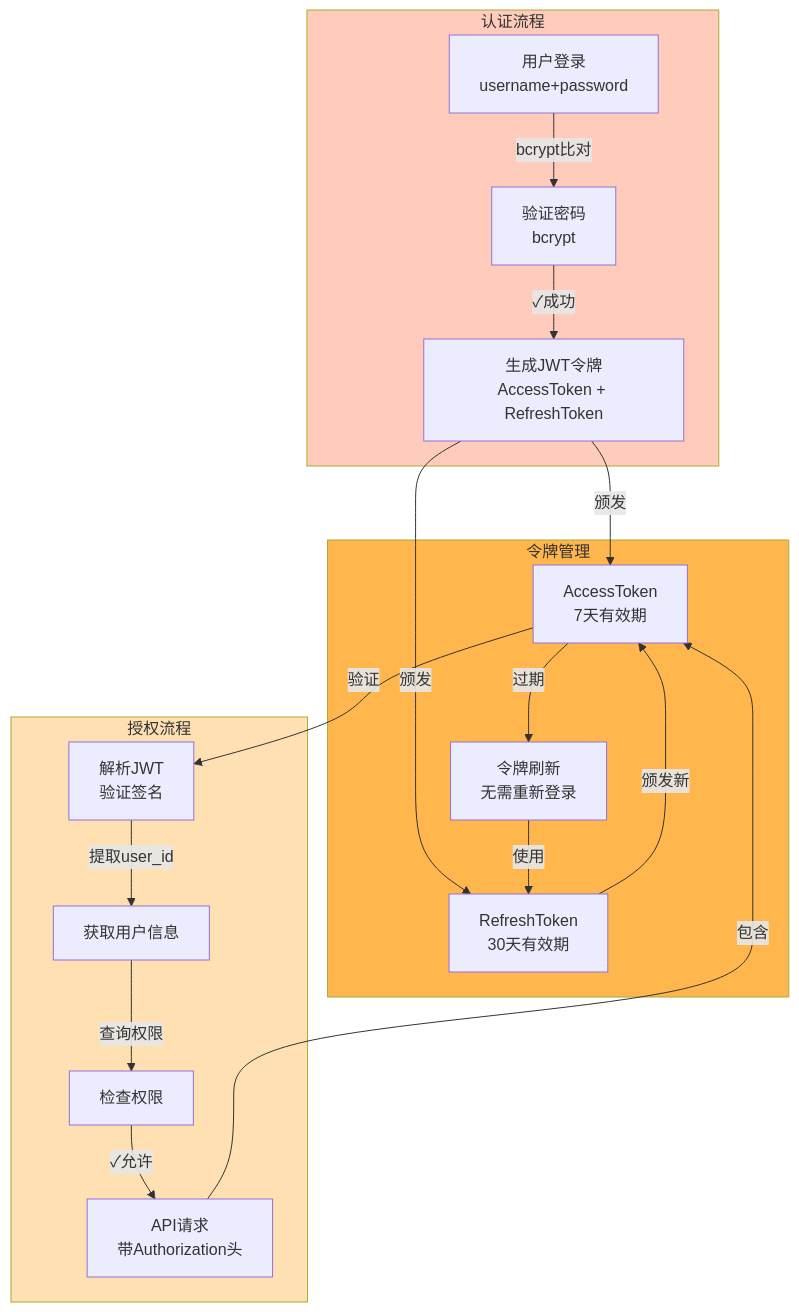
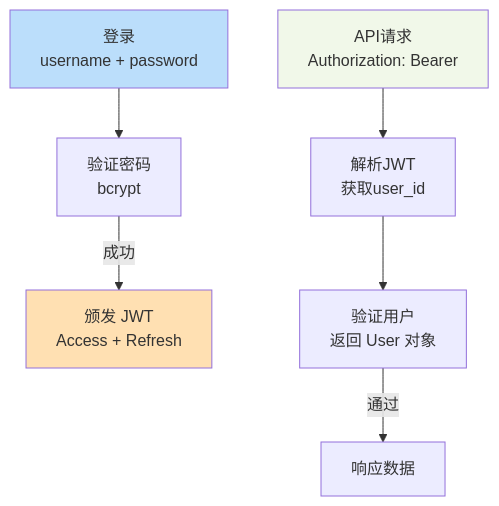
Diagram 11 of 13 in doc/07_系统架构图.md (NanamiKite/radioManger), drawn with Mermaid before and after one commit. The commit also changed other lines of this file and 83 other files, not shown here.

````diff
--- a/doc/07_系统架构图.md
+++ b/doc/07_系统架构图.md
@@ -419,38 +269,19 @@
 ```mermaid
 graph TB
-    subgraph Auth["认证流程"]
-        Login["用户登录<br/>username+password"]
-        Verify["验证密码<br/>bcrypt"]
-        GenToken["生成JWT令牌<br/>AccessToken + RefreshToken"]
-    end
-    
-    subgraph Autho["授权流程"]
-        Request["API请求<br/>带Authorization头"]
-        Decode["解析JWT<br/>验证签名"]
-        GetUser["获取用户信息"]
-        CheckPerm["检查权限"]
-    end
-    
-    subgraph Token["令牌管理"]
-        AccessToken["AccessToken<br/>7天有效期"]
-        RefreshToken["RefreshToken<br/>30天有效期"]
-        Refresh["令牌刷新<br/>无需重新登录"]
-    end
-    
-    Login -->|bcrypt比对| Verify
-    Verify -->|✓成功| GenToken
-    GenToken -->|颁发| AccessToken
-    GenToken -->|颁发| RefreshToken
-    Request -->|包含| AccessToken
-    AccessToken -->|验证| Decode
-    Decode -->|提取user_id| GetUser
-    GetUser -->|查询权限| CheckPerm
-    CheckPerm -->|✓允许| Request
-    AccessToken -->|过期| Refresh
-    Refresh -->|使用| RefreshToken
-    RefreshToken -->|颁发新| AccessToken
-    
-    style Auth fill:#ffccbc
-    style Autho fill:#ffe0b2
-    style Token fill:#ffb74d
+    Login["登录<br/>username + password"]
+    Verify["验证密码<br/>bcrypt"]
+    Token["颁发 JWT<br/>Access + Refresh"]
+    Request["API请求<br/>Authorization: Bearer"]
+    Decode["解析JWT<br/>获取user_id"]
+    Check["验证用户<br/>返回 User 对象"]
+
+    Login --> Verify
+    Verify -->|成功| Token
+    Request --> Decode
+    Decode --> Check
+    Check -->|通过| Response["响应数据"]
+
+    style Login fill:#bbdefb
+    style Token fill:#ffe0b2
+    style Request fill:#f1f8e9
 ```
````
